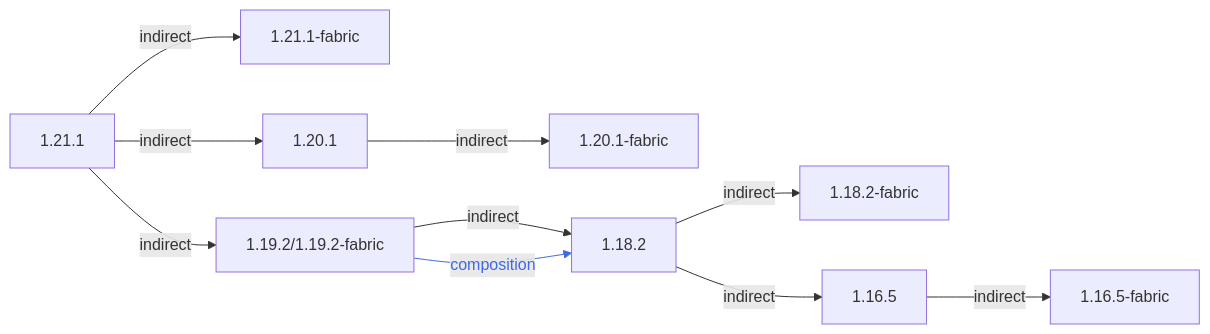
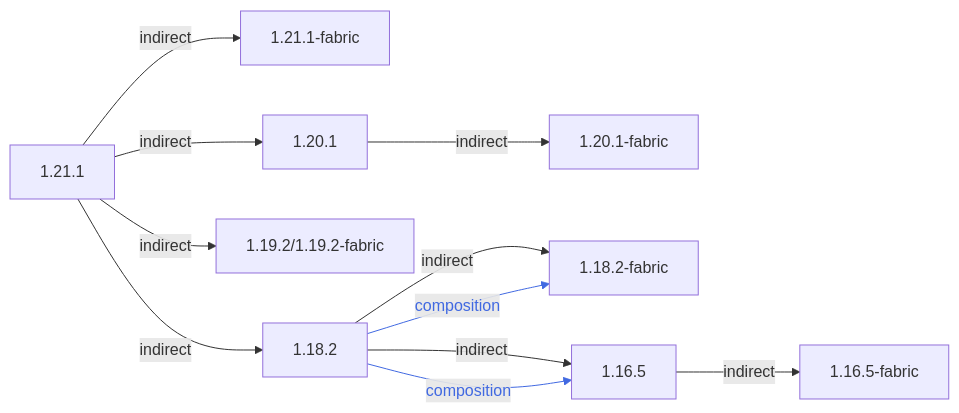
One commit to CFPAOrg/Minecraft-Mod-Language-Package changed the diagram in projects/1.21/assets/macaws-paths-and-pavings/mcwpaths/README.md. Above: the diagram before and after it, drawn with Mermaid. The commit also changed other lines of this file and 25 other files, not shown here.

````diff
--- a/projects/1.21/assets/macaws-paths-and-pavings/mcwpaths/README.md
+++ b/projects/1.21/assets/macaws-paths-and-pavings/mcwpaths/README.md
@@ -3,10 +3,11 @@
 ```mermaid
 flowchart LR
     1.21.1 -->|indirect| 1.21.1-fabric
     1.20.1 -->|indirect| 1.20.1-fabric
-    1.21.1 -->|indirect| 1.19.2/1.19.2-fabric -->|indirect| 1.18.2 -->|indirect| 1.18.2-fabric
-    1.19.2/1.19.2-fabric -->|composition| 1.18.2
-    1.18.2 -->|indirect| 1.16.5 -->|indirect| 1.16.5-fabric
+    1.21.1 -->|indirect| 1.19.2/1.19.2-fabric & 1.18.2
+    1.18.2 -->|indirect| 1.18.2-fabric & 1.16.5
+    1.18.2 -->|composition| 1.18.2-fabric & 1.16.5
+    1.16.5 -->|indirect| 1.16.5-fabric
     1.21.1 -->|indirect| 1.20.1
-    linkStyle 5 color:royalblue,stroke:royalblue
+    linkStyle 6,7 color:royalblue,stroke:royalblue
 ```
````
